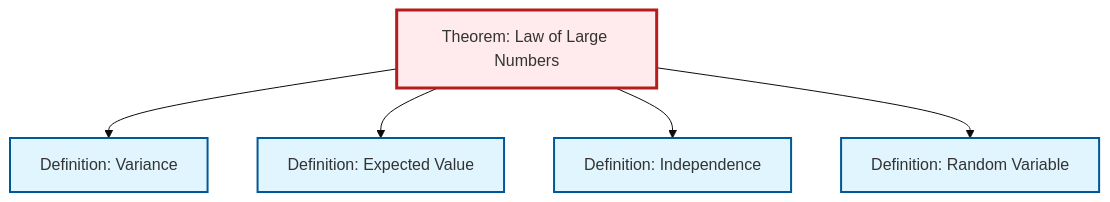
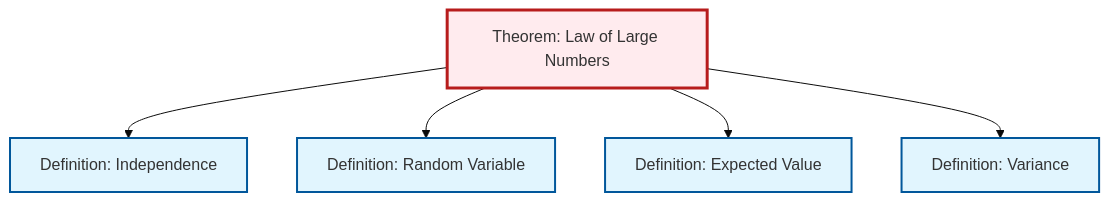
The second of 2 diagrams in content/en/probability-statistics/thm-law-of-large-numbers.qmd (RK0429/ModernMath), drawn with Mermaid (base theme) before and after one commit. The commit also changed other lines of this file and 497 other files, not shown here.

````diff
--- a/content/en/probability-statistics/thm-law-of-large-numbers.qmd
+++ b/content/en/probability-statistics/thm-law-of-large-numbers.qmd
@@ -88,23 +88,23 @@
 ```{mermaid}
 %%| fig-cap: "Local dependency graph"
 graph TD
     classDef definition fill:#e1f5fe,stroke:#01579b,stroke-width:2px
     classDef theorem fill:#f3e5f5,stroke:#4a148c,stroke-width:2px
     classDef axiom fill:#fff3e0,stroke:#e65100,stroke-width:2px
     classDef example fill:#e8f5e9,stroke:#1b5e20,stroke-width:2px
     classDef current fill:#ffebee,stroke:#b71c1c,stroke-width:3px
+    def-random-variable["Definition: Random Variable"]:::definition
+    def-variance["Definition: Variance"]:::definition
     def-expectation["Definition: Expected Value"]:::definition
-    def-random-variable["Definition: Random Variable"]:::definition
+    thm-law-of-large-numbers["Theorem: Law of Large Numbers"]:::theorem
     def-independence["Definition: Independence"]:::definition
-    def-variance["Definition: Variance"]:::definition
-    thm-law-of-large-numbers["Theorem: Law of Large Numbers"]:::theorem
-    thm-law-of-large-numbers --> def-variance
-    thm-law-of-large-numbers --> def-expectation
     thm-law-of-large-numbers --> def-independence
     thm-law-of-large-numbers --> def-random-variable
+    thm-law-of-large-numbers --> def-expectation
+    thm-law-of-large-numbers --> def-variance
     class thm-law-of-large-numbers current
+    click def-random-variable "def-random-variable.html" "Go to Random Variable definition"
+    click def-variance "def-variance.html" "Go to Variance definition"
     click def-expectation "def-expectation.html" "Go to Expected Value definition"
-    click def-random-variable "def-random-variable.html" "Go to Random Variable definition"
     click def-independence "def-independence.html" "Go to Independence definition"
-    click def-variance "def-variance.html" "Go to Variance definition"
 ```
````
